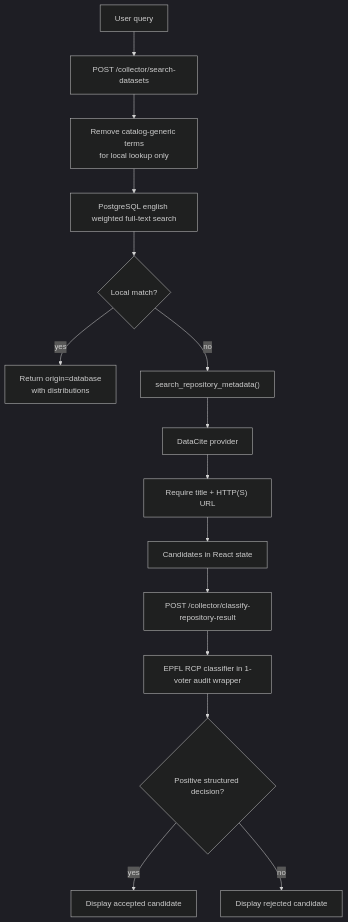
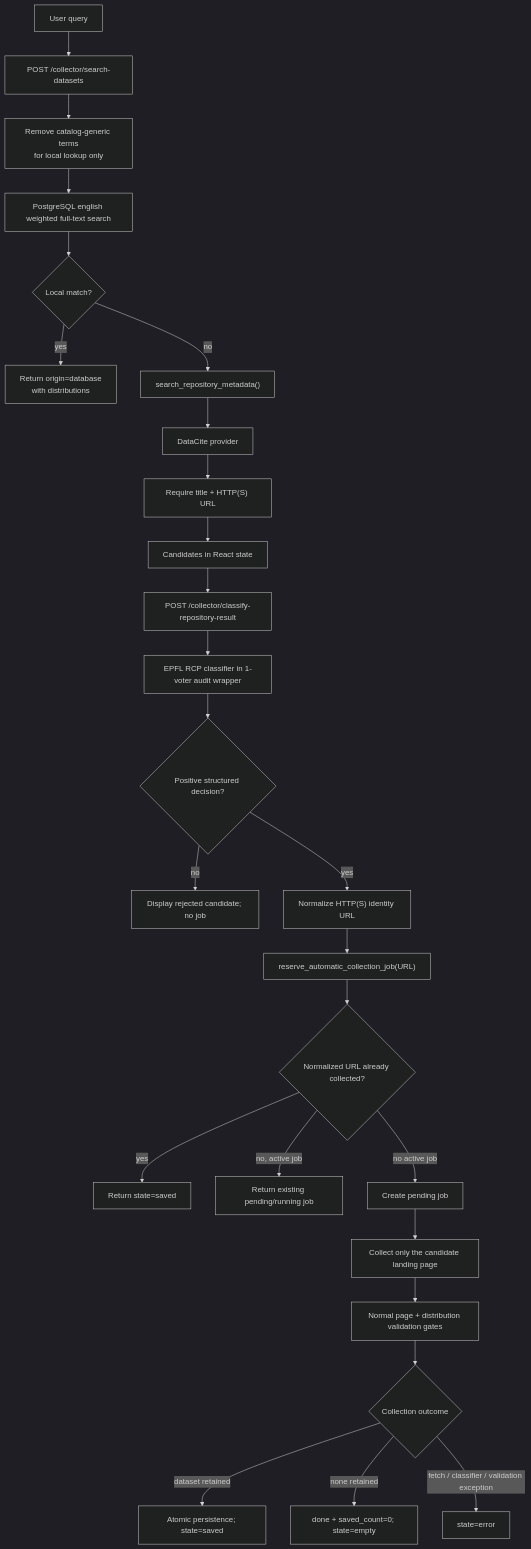
The third of 4 diagrams in docs/technical-design-document.md (nicolasberlin/global-health-dataset-catalog), drawn with Mermaid (dark theme) before and after one commit. The commit also changed other lines of this file and 13 other files, not shown here.

Commit message:
feat: collect accepted repository candidates

````diff
--- a/docs/technical-design-document.md
+++ b/docs/technical-design-document.md
@@ -98,17 +130,28 @@
 ```mermaid
 flowchart TD
     Query["User query"] --> SearchRoute["POST /collector/search-datasets"]
     SearchRoute --> LocalNormalize["Remove catalog-generic terms<br/>for local lookup only"]
     LocalNormalize --> LocalSearch["PostgreSQL english weighted full-text search"]
     LocalSearch --> LocalMatch{"Local match?"}
     LocalMatch -->|yes| LocalResults["Return origin=database<br/>with distributions"]
     LocalMatch -->|no| Service["search_repository_metadata()"]
     Service --> Provider["DataCite provider"]
     Provider --> Filter["Require title + HTTP(S) URL"]
     Filter --> UI["Candidates in React state"]
     UI --> ClassifyRoute["POST /collector/classify-repository-result"]
     ClassifyRoute --> RepoClassifier["EPFL RCP classifier in 1-voter audit wrapper"]
-    RepoClassifier --> Display{"Positive structured decision?"}
-    Display -->|yes| Accepted["Display accepted candidate"]
-    Display -->|no| Rejected["Display rejected candidate"]
+    RepoClassifier --> Decision{"Positive structured decision?"}
+    Decision -->|no| Rejected["Display rejected candidate; no job"]
+    Decision -->|yes| NormalizeURL["Normalize HTTP(S) identity URL"]
+    NormalizeURL --> Reserve["reserve_automatic_collection_job(URL)"]
+    Reserve --> Saved{"Normalized URL already collected?"}
+    Saved -->|yes| Catalogued["Return state=saved"]
+    Saved -->|no, active job| Reuse["Return existing pending/running job"]
+    Saved -->|no active job| Pending["Create pending job"]
+    Pending --> CandidatePipeline["Collect only the candidate landing page"]
+    CandidatePipeline --> Gates["Normal page + distribution validation gates"]
+    Gates --> Outcome{"Collection outcome"}
+    Outcome -->|dataset retained| Persist["Atomic persistence; state=saved"]
+    Outcome -->|none retained| Empty["done + saved_count=0; state=empty"]
+    Outcome -->|fetch / classifier / validation exception| Failed["state=error"]
 ```
````
